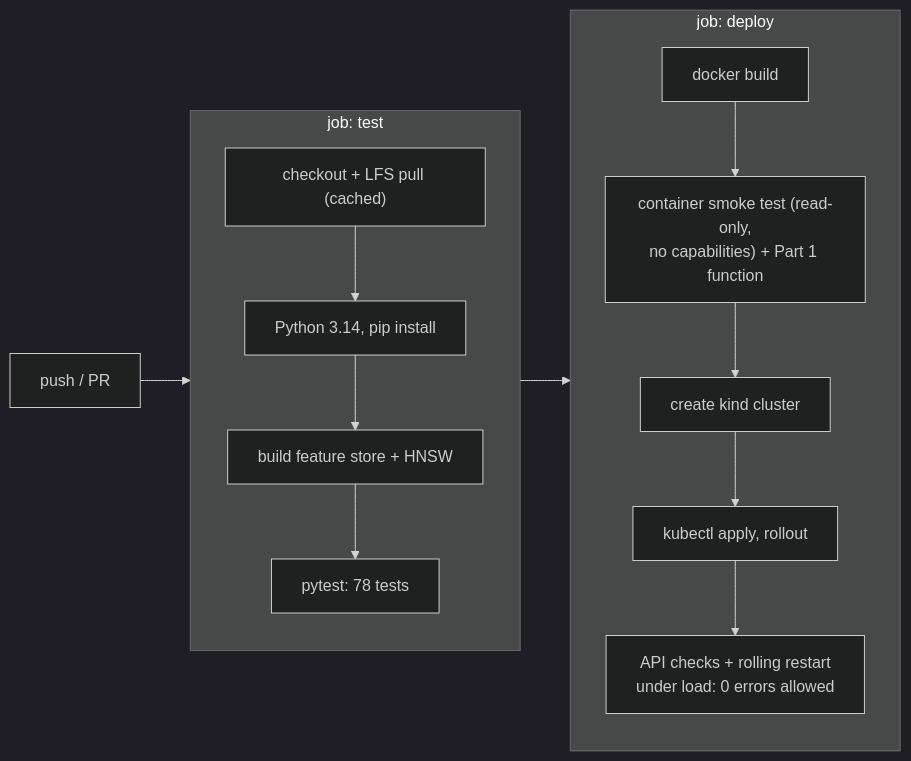
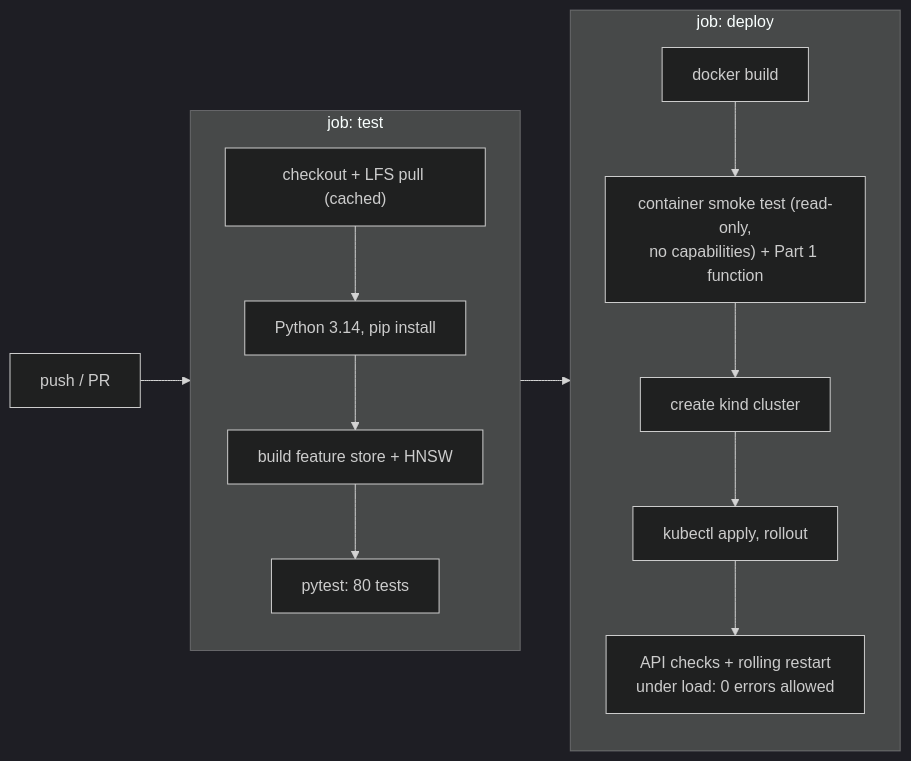
One commit to FairosMirza/sap-cxii-tech-ex-01_base changed the third of 3 diagrams in docs/REPORT.md. Above: the diagram before and after it, drawn with Mermaid (dark theme). The commit also changed other lines of this file and 3 other files, not shown here.

````diff
--- a/docs/REPORT.md
+++ b/docs/REPORT.md
@@ -134,13 +134,13 @@
 ```mermaid
 flowchart LR
   P["push / PR"] --> T
   subgraph T["job: test"]
     direction TB
-    T1["checkout + LFS pull (cached)"] --> T2["Python 3.14, pip install"] --> T3["build feature store + HNSW"] --> T4["pytest: 78 tests"]
+    T1["checkout + LFS pull (cached)"] --> T2["Python 3.14, pip install"] --> T3["build feature store + HNSW"] --> T4["pytest: 80 tests"]
   end
   T --> D
   subgraph D["job: deploy"]
     direction TB
     D1["docker build"] --> D2["container smoke test (read-only,<br/>no capabilities) + Part 1 function"] --> D3["create kind cluster"] --> D4["kubectl apply, rollout"] --> D5["API checks + rolling restart<br/>under load: 0 errors allowed"]
   end
 ```
````
